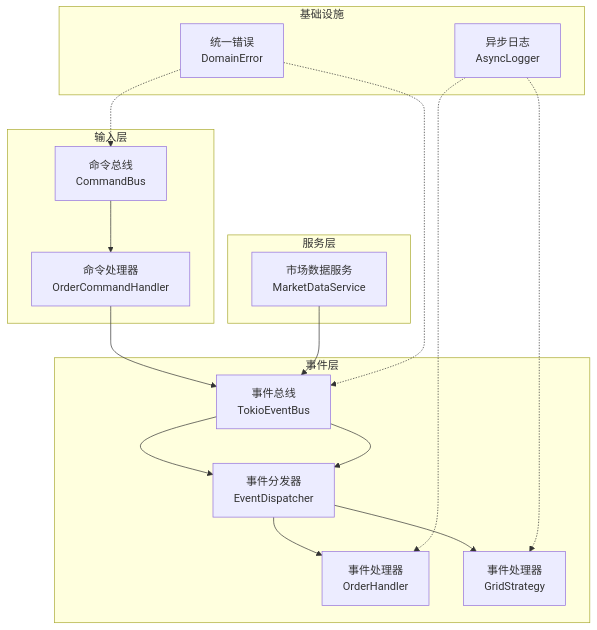
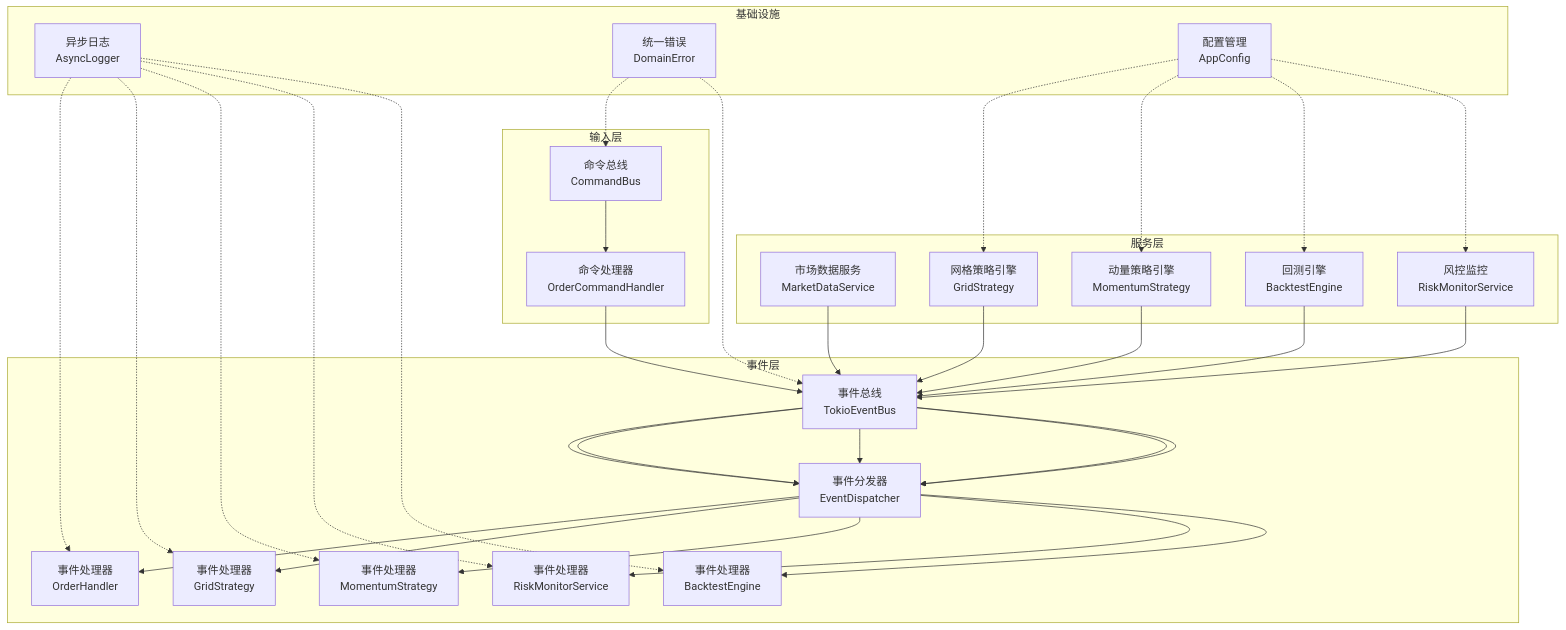
One commit to Heres1/binanceWebsocket changed the second of 12 diagrams in .qoder/repowiki/zh/content/架构设计/架构设计.md. Above: the diagram before and after it, drawn with Mermaid. The commit also changed other lines of this file and 14 other files, not shown here.

````diff
--- a/.qoder/repowiki/zh/content/架构设计/架构设计.md
+++ b/.qoder/repowiki/zh/content/架构设计/架构设计.md
@@ -102,28 +152,50 @@
 ```mermaid
 graph TB
 subgraph "输入层"
 CMD["命令总线<br/>CommandBus"]
 ORD["命令处理器<br/>OrderCommandHandler"]
 end
 subgraph "事件层"
 EB["事件总线<br/>TokioEventBus"]
 ED["事件分发器<br/>EventDispatcher"]
 EH1["事件处理器<br/>OrderHandler"]
 EH2["事件处理器<br/>GridStrategy"]
+EH3["事件处理器<br/>MomentumStrategy"]
+EH4["事件处理器<br/>RiskMonitorService"]
+EH5["事件处理器<br/>BacktestEngine"]
 end
 subgraph "服务层"
 MDS["市场数据服务<br/>MarketDataService"]
+STR1["网格策略引擎<br/>GridStrategy"]
+STR2["动量策略引擎<br/>MomentumStrategy"]
+BT["回测引擎<br/>BacktestEngine"]
+RM["风控监控<br/>RiskMonitorService"]
 end
 subgraph "基础设施"
 LOG["异步日志<br/>AsyncLogger"]
 ERR["统一错误<br/>DomainError"]
+CFG["配置管理<br/>AppConfig"]
 end
 CMD --> ORD --> EB
 EB --> ED --> EH1
 EB --> ED --> EH2
+EB --> ED --> EH3
+EB --> ED --> EH4
+EB --> ED --> EH5
 MDS --> EB
+STR1 --> EB
+STR2 --> EB
+BT --> EB
+RM --> EB
 LOG -.-> EH1
 LOG -.-> EH2
+LOG -.-> EH3
+LOG -.-> EH4
+LOG -.-> EH5
 ERR -.-> CMD
 ERR -.-> EB
+CFG -.-> STR1
+CFG -.-> STR2
+CFG -.-> BT
+CFG -.-> RM
 ```
````
